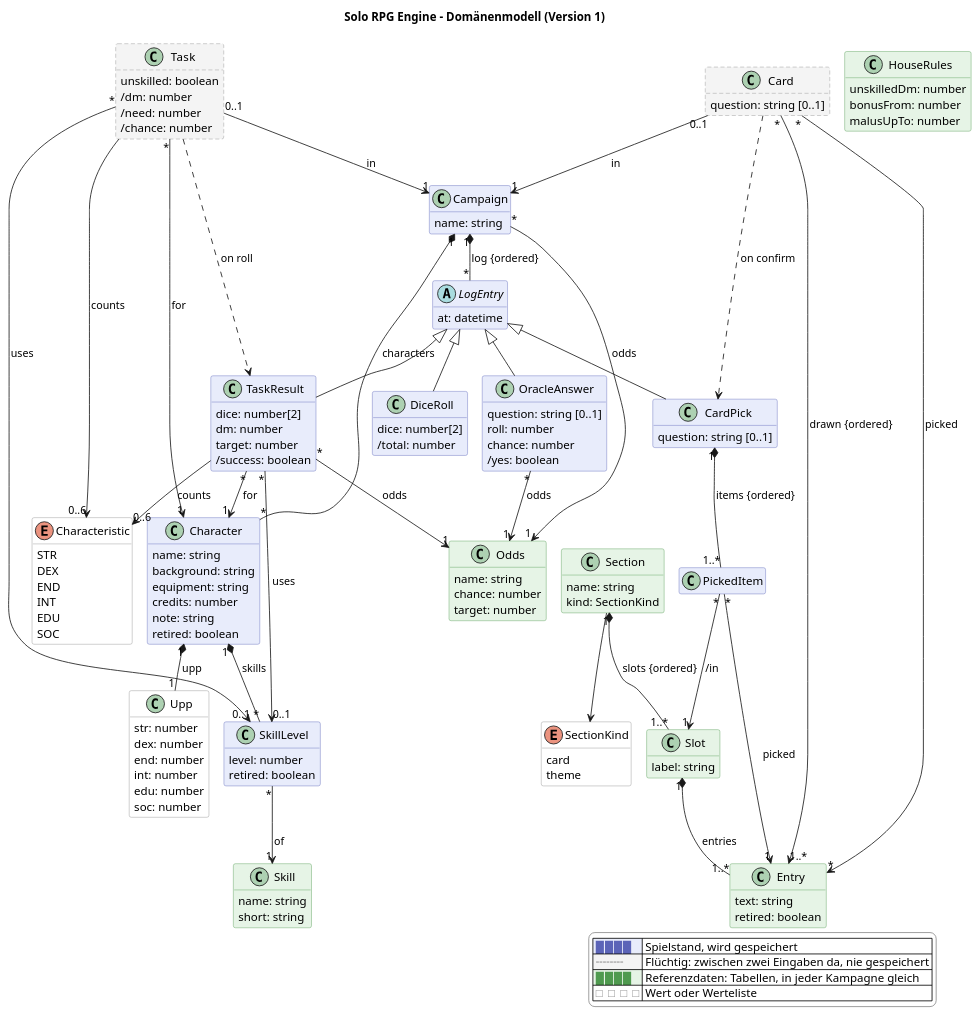
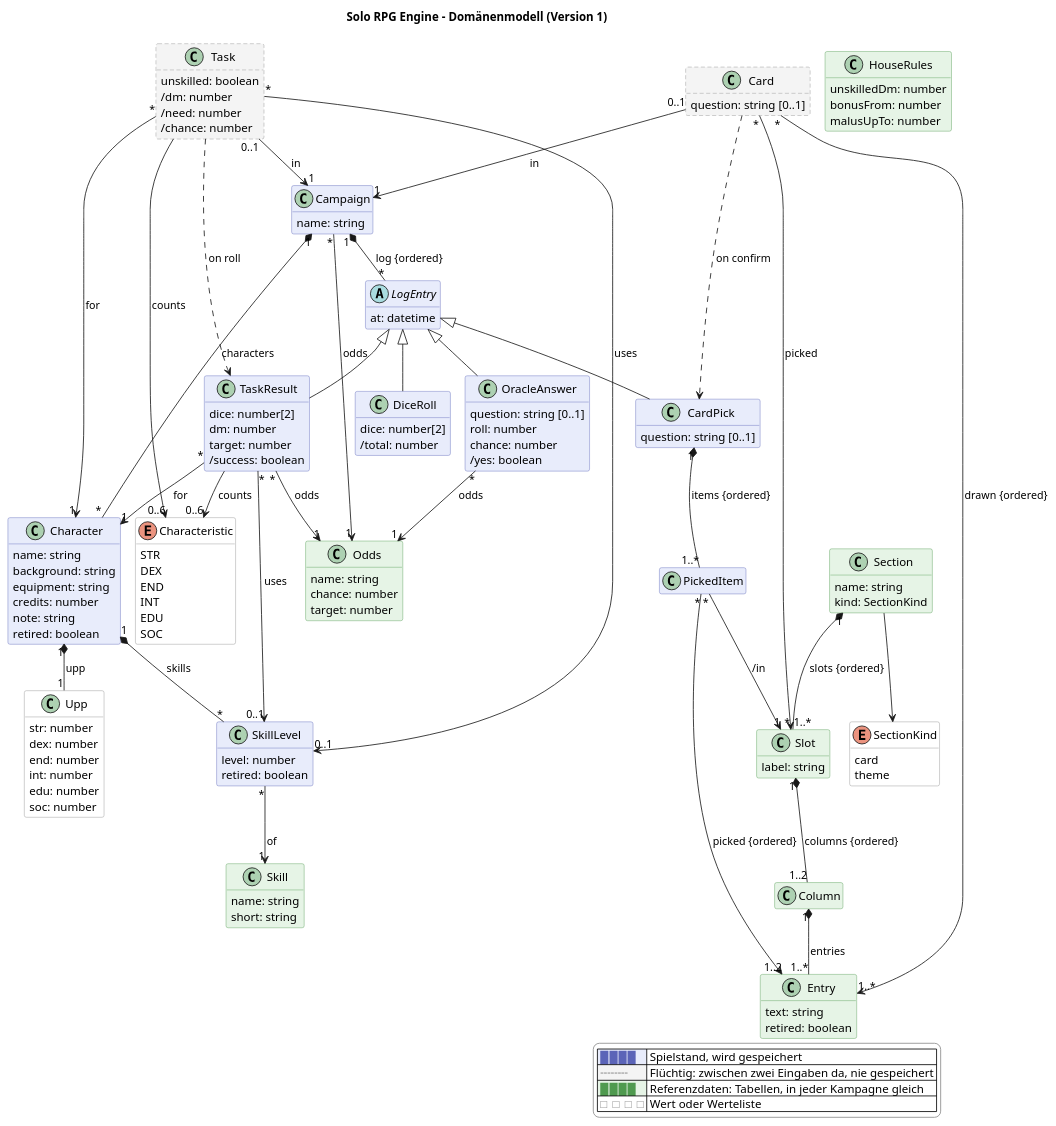
Before and after one commit to scuzzar/SRE: the diagram in docs/domain-model.puml, drawn with PlantUML. The commit also changed 2 other files, not shown here.

```diff
--- a/docs/domain-model.puml
+++ b/docs/domain-model.puml
@@ -3,181 +3,183 @@
 @startuml
 !pragma layout smetana
 title Solo RPG Engine – Domänenmodell (Version 1)
 hide empty members
 hide methods
 skinparam classAttributeIconSize 0
 skinparam shadowing false
 skinparam packageStyle rectangle
 skinparam class {
   BackgroundColor #e8ecfb
   BorderColor #5b64b8
   BackgroundColor<<transient>> #f4f4f4
   BorderColor<<transient>> #8a8a8a
   BackgroundColor<<reference>> #e6f4e6
   BorderColor<<reference>> #4f9a4f
   BackgroundColor<<value>> #ffffff
   BorderColor<<value>> #8a8a8a
 }
 skinparam legendBackgroundColor #ffffff
 skinparam legendBorderColor #8a8a8a
 <style>
 classDiagram {
   class {
     .transient {
       LineStyle 5-3
     }
   }
 }
 </style>
 hide <<transient>> stereotype
 hide <<reference>> stereotype
 hide <<value>> stereotype
 
 ' Kampagne und Charaktere
   class Campaign {
     name: string
   }
   class Character {
     name: string
     background: string
     equipment: string
     credits: number
     note: string
     retired: boolean
   }
   class Upp <<value>> {
     str: number
     dex: number
     end: number
     int: number
     edu: number
     soc: number
   }
   class SkillLevel {
     level: number
     retired: boolean
   }
 
 ' Verlauf
   abstract class LogEntry {
     at: datetime
   }
   class OracleAnswer {
     question: string [0..1]
     roll: number
     chance: number
     /yes: boolean
   }
   class DiceRoll {
     dice: number[2]
     /total: number
   }
   class CardPick {
     question: string [0..1]
   }
   class PickedItem
 
 ' Entwürfe: flüchtig, zwischen zwei Eingaben da, nie gespeichert (im Code: model/draft/)
   class Card <<transient>> {
     question: string [0..1]
   }
   class Task <<transient>> {
     unskilled: boolean
     /dm: number
     /need: number
     /chance: number
   }
   class TaskResult {
     dice: number[2]
     dm: number
     target: number
     /success: boolean
   }
 
 ' Referenzdaten
   class Odds <<reference>> {
     name: string
     chance: number
     target: number
   }
   class HouseRules <<reference>> {
     unskilledDm: number
     bonusFrom: number
     malusUpTo: number
   }
   class Skill <<reference>> {
     name: string
     short: string
   }
   class Section <<reference>> {
     name: string
     kind: SectionKind
   }
   class Slot <<reference>> {
     label: string
   }
+  class Column <<reference>>
   class Entry <<reference>> {
     text: string
     retired: boolean
   }
   enum SectionKind <<value>> {
     card
     theme
   }
   enum Characteristic <<value>> {
     STR
     DEX
     END
     INT
     EDU
     SOC
   }
 
 ' Kampagne
 Campaign "1" *-- "*" Character : characters
 Campaign "*" --> "1" Odds : odds
 Campaign "1" *-- "*" LogEntry : log {ordered}
 
 ' Charakter
 Character "1" *-- "1" Upp : upp
 Character "1" *-- "*" SkillLevel : skills
 SkillLevel "*" --> "1" Skill : of
 
 ' Verlauf
 LogEntry <|-- OracleAnswer
 LogEntry <|-- DiceRoll
 LogEntry <|-- CardPick
 LogEntry <|-- TaskResult
 CardPick "1" *-- "1..*" PickedItem : items {ordered}
 OracleAnswer "*" --> "1" Odds : odds
 TaskResult "*" --> "1" Character : for
 TaskResult "*" --> "0..1" SkillLevel : uses
 TaskResult --> "0..6" Characteristic : counts
 TaskResult "*" --> "1" Odds : odds
 
 ' Probe
 Task "0..1" --> "1" Campaign : in
 Task "*" --> "1" Character : for
 Task "*" --> "0..1" SkillLevel : uses
 Task --> "0..6" Characteristic : counts
 Task ..> TaskResult : on roll
 
 ' Karte
 Card "0..1" --> "1" Campaign : in
 Card "*" --> "1..*" Entry : drawn {ordered}
-Card "*" --> "*" Entry : picked
+Card "*" --> "*" Slot : picked
 Card ..> CardPick : on confirm
 PickedItem "*" --> "1" Slot : /in
-PickedItem "*" --> "1" Entry : picked
+PickedItem "*" --> "1..2" Entry : picked {ordered}
 Section "1" *-- "1..*" Slot : slots {ordered}
 Section --> SectionKind
-Slot "1" *-- "1..*" Entry : entries
+Slot "1" *-- "1..2" Column : columns {ordered}
+Column "1" *-- "1..*" Entry : entries
 
 
 legend right
   |<#e8ecfb> <color:#5b64b8>████</color> | Spielstand, wird gespeichert |
   |<#f4f4f4> <color:#8a8a8a>╌╌╌╌</color> | Flüchtig: zwischen zwei Eingaben da, nie gespeichert |
   |<#e6f4e6> <color:#4f9a4f>████</color> | Referenzdaten: Tabellen, in jeder Kampagne gleich |
   |<#ffffff> <color:#8a8a8a>□□□□</color> | Wert oder Werteliste |
 endlegend
 @enduml
```
